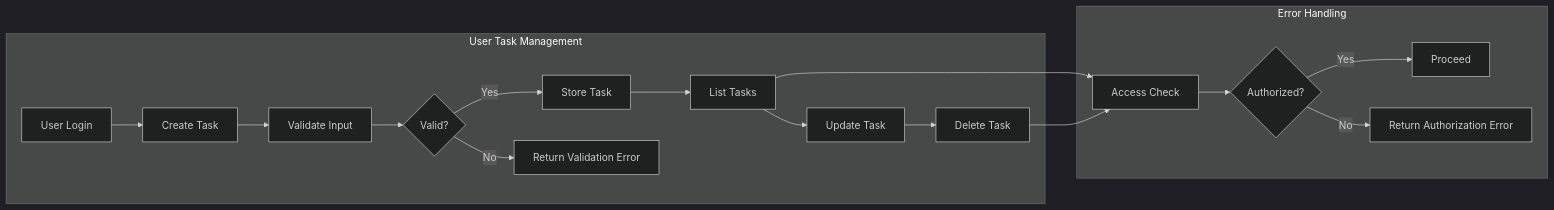
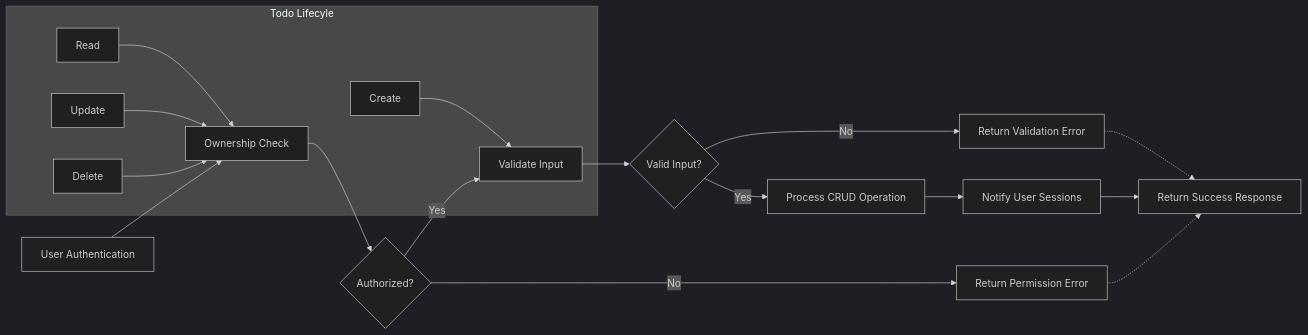
One commit to wrtnlabs/autobe-examples changed the diagram in openai/gpt-4.1-mini/todo/docs/analysis/03-functional-requirements.md. Above: the diagram before and after it, drawn with Mermaid (dark theme). The commit also changed other lines of this file and 22498 other files, not shown here.

````diff
--- a/openai/gpt-4.1-mini/todo/docs/analysis/03-functional-requirements.md
+++ b/openai/gpt-4.1-mini/todo/docs/analysis/03-functional-requirements.md
@@ -65,22 +126,22 @@
 ```mermaid
 graph LR
-  subgraph "User Task Management"
-    A["User Login"] --> B["Create Task"]
-    B --> C["Validate Input"]
-    C --> D{"Valid?"}
-    D -->|"Yes"| E["Store Task"]
-    D -->|"No"| F["Return Validation Error"]
-    E --> G["List Tasks"]
-    G --> H["Update Task"]
-    H --> I["Delete Task"]
+  A["User Authentication"] --> B["Ownership Check"]
+  B --> C{""Authorized?""}
+  C -->|"No"| D["Return Permission Error"]
+  C -->|"Yes"| E["Validate Input"]
+  E --> F{""Valid Input?""}
+  F -->|"No"| G["Return Validation Error"]
+  F -->|"Yes"| H["Process CRUD Operation"]
+  H --> I["Notify User Sessions"]
+  I --> J["Return Success Response"]
+
+  subgraph Todo Lifecyle
+    K["Create"] --> E
+    L["Read"] --> B
+    M["Update"] --> B
+    N["Delete"] --> B
   end
 
-  subgraph "Error Handling"
-    J["Access Check"] --> K{"Authorized?"}
-    K -->|"Yes"| L["Proceed"]
-    K -->|"No"| M["Return Authorization Error"]
-  end
-
-  G --> J
-  I --> J
+  D -.-> J
+  G -.-> J
 ```
````
